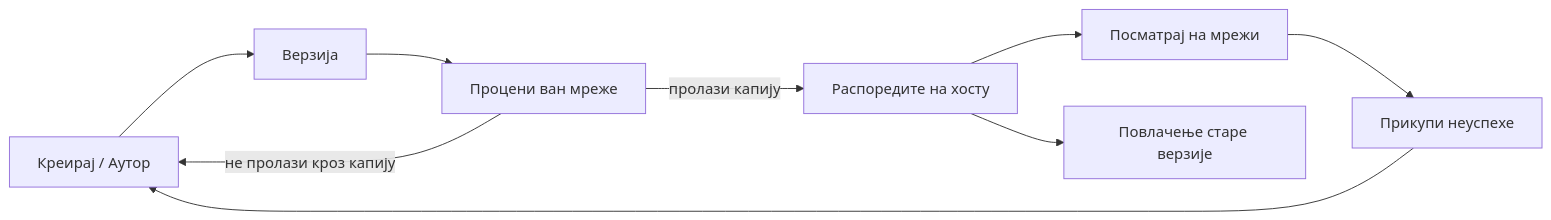
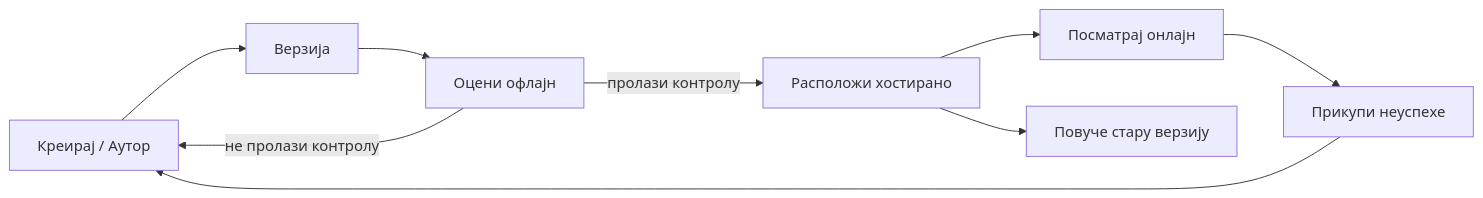
The second of 4 diagrams in translations/sr/16-deploying-scalable-agents/README.md (microsoft/ai-agents-for-beginners), drawn with Mermaid before and after one commit. The commit also changed other lines of this file and 47 other files, not shown here.

````diff
--- a/translations/sr/16-deploying-scalable-agents/README.md
+++ b/translations/sr/16-deploying-scalable-agents/README.md
@@ -108,11 +108,11 @@
 ```mermaid
 flowchart LR
     Create[Креирај / Аутор] --> Version[Верзија]
-    Version --> Evaluate[Процени ван мреже]
-    Evaluate -->|пролази капију| Deploy[Распоредите на хосту]
-    Evaluate -->|не пролази кроз капију| Create
-    Deploy --> Observe[Посматрај на мрежи]
+    Version --> Evaluate[Оцени офлајн]
+    Evaluate -->|пролази контролу| Deploy[Расположи хостирано]
+    Evaluate -->|не пролази контролу| Create
+    Deploy --> Observe[Посматрај онлајн]
     Observe --> Improve[Прикупи неуспехе]
     Improve --> Create
-    Deploy --> Retire[Повлачење старе верзије]
+    Deploy --> Retire[Повуче стару верзију]
 ```
````
